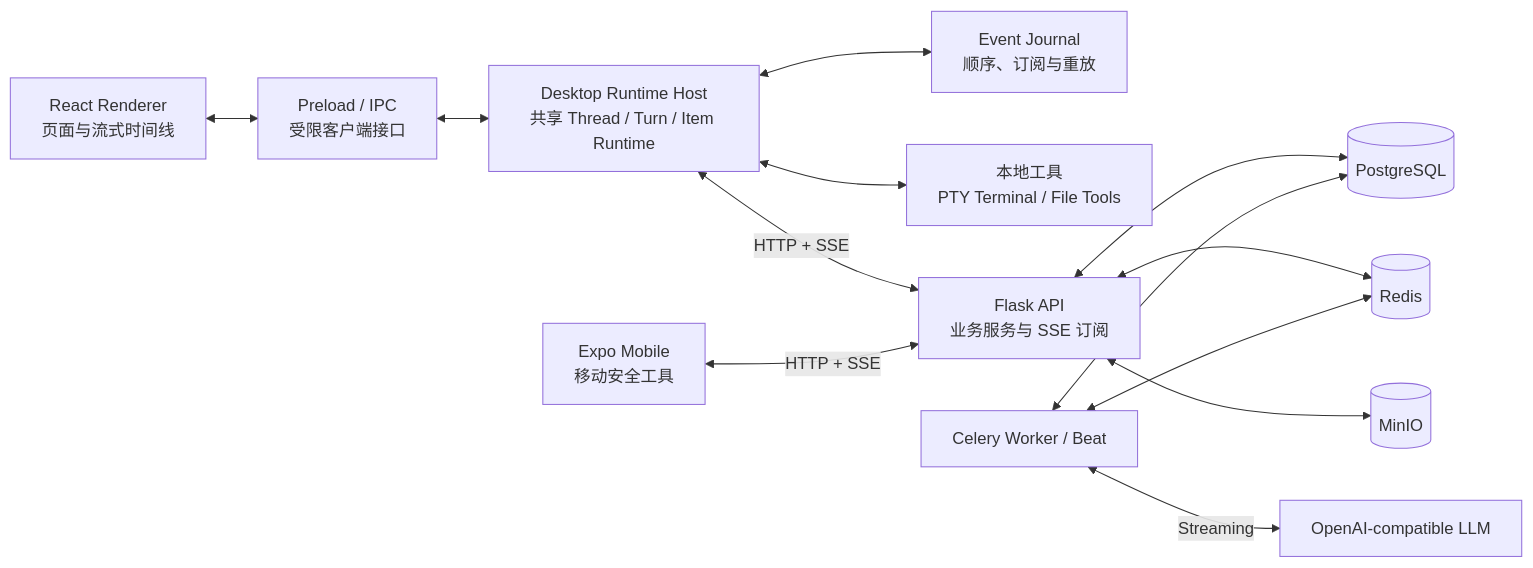
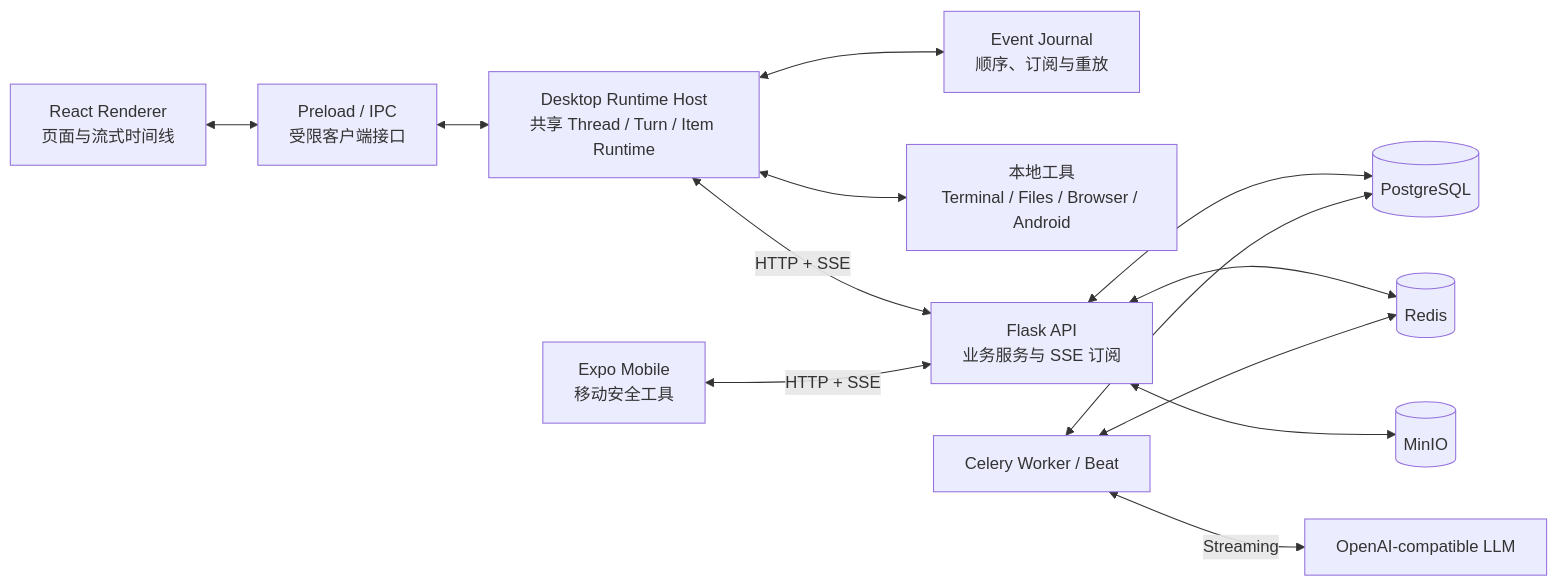
The first of 3 diagrams in README.md (Covfefeable/ohmycode), drawn with Mermaid before and after one commit. The commit also changed other lines of this file and 2 other files, not shown here.

Commit message:
docs: 更新安卓实机截图并精简首页展示

````diff
--- a/README.md
+++ b/README.md
@@ -92,28 +107,28 @@
 ```mermaid
 flowchart LR
     UI[React Renderer<br/>页面与流式时间线]
     IPC[Preload / IPC<br/>受限客户端接口]
     RT[Desktop Runtime Host<br/>共享 Thread / Turn / Item Runtime]
     JOURNAL[Event Journal<br/>顺序、订阅与重放]
-    TOOLS[本地工具<br/>PTY Terminal / File Tools]
+    TOOLS[本地工具<br/>Terminal / Files / Browser / Android]
     API[Flask API<br/>业务服务与 SSE 订阅]
     MODEL[OpenAI-compatible LLM]
     DB[(PostgreSQL)]
     CACHE[(Redis)]
     OBJECT[(MinIO)]
     WORKER[Celery Worker / Beat]
     MOBILE[Expo Mobile<br/>移动安全工具]
 
     UI <--> IPC
     IPC <--> RT
     RT <--> JOURNAL
     RT <--> TOOLS
     RT <-->|HTTP + SSE| API
     WORKER <-->|Streaming| MODEL
     API <--> DB
     API <--> CACHE
     API <--> OBJECT
     WORKER <--> DB
     WORKER <--> CACHE
     MOBILE <-->|HTTP + SSE| API
 ```
````
